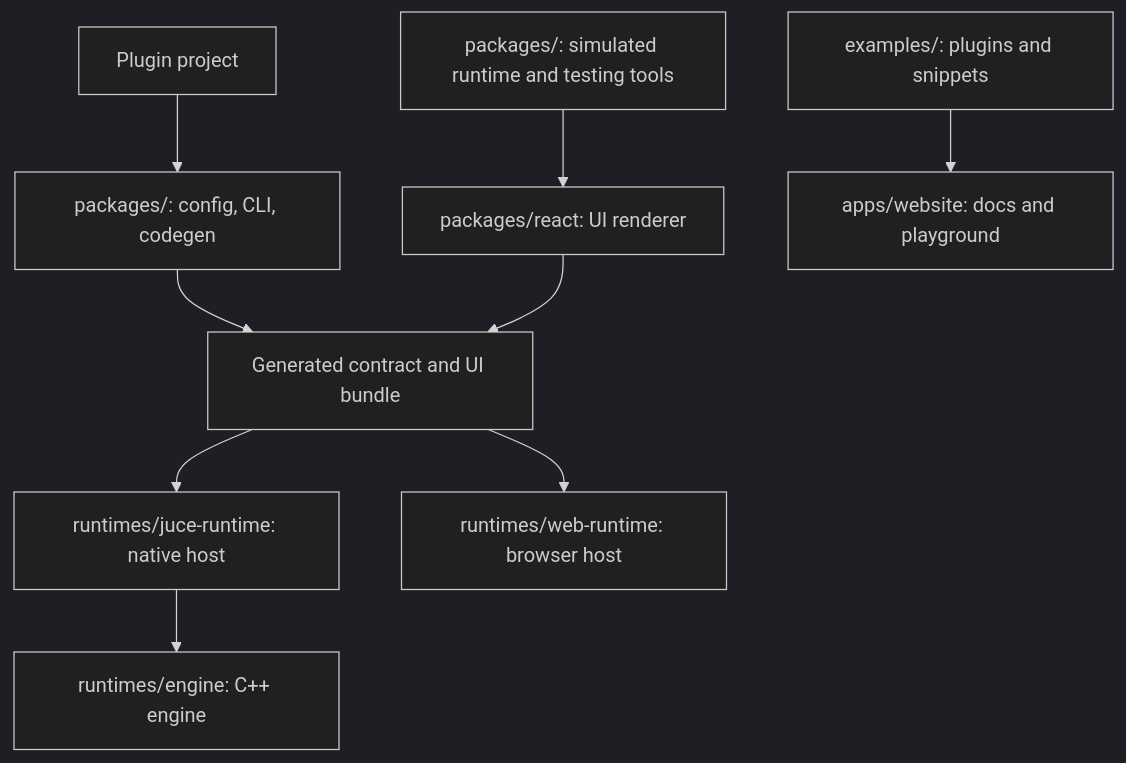
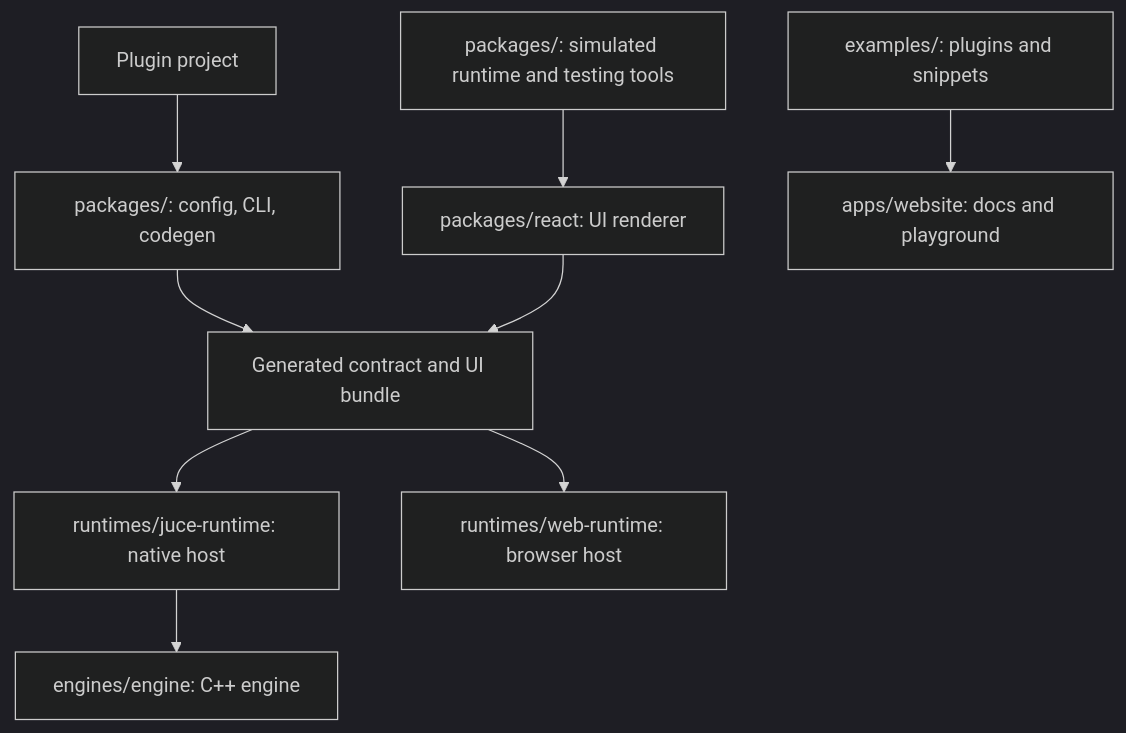
The diagram in apps/website/content/docs/contribute/index.md (soundor/soundor), drawn with Mermaid (dark theme) before and after one commit. The commit also changed other lines of this file and 375 other files, not shown here.

First line of the commit message:
refactor: move the engine to engines/

````diff
--- a/apps/website/content/docs/contribute/index.md
+++ b/apps/website/content/docs/contribute/index.md
@@ -15,11 +15,11 @@
 ```mermaid
 flowchart TD
     project["Plugin project"] --> toolchain["packages/: config, CLI, codegen"]
     toolchain --> contract["Generated contract and UI bundle"]
     contract --> juce["runtimes/juce-runtime: native host"]
     contract --> web["runtimes/web-runtime: browser host"]
-    juce --> engine["runtimes/engine: C++ engine"]
+    juce --> engine["engines/engine: C++ engine"]
     react["packages/react: UI renderer"] --> contract
     tests["packages/: simulated runtime and testing tools"] --> react
     examples["examples/: plugins and snippets"] --> site["apps/website: docs and playground"]
 ```
````
